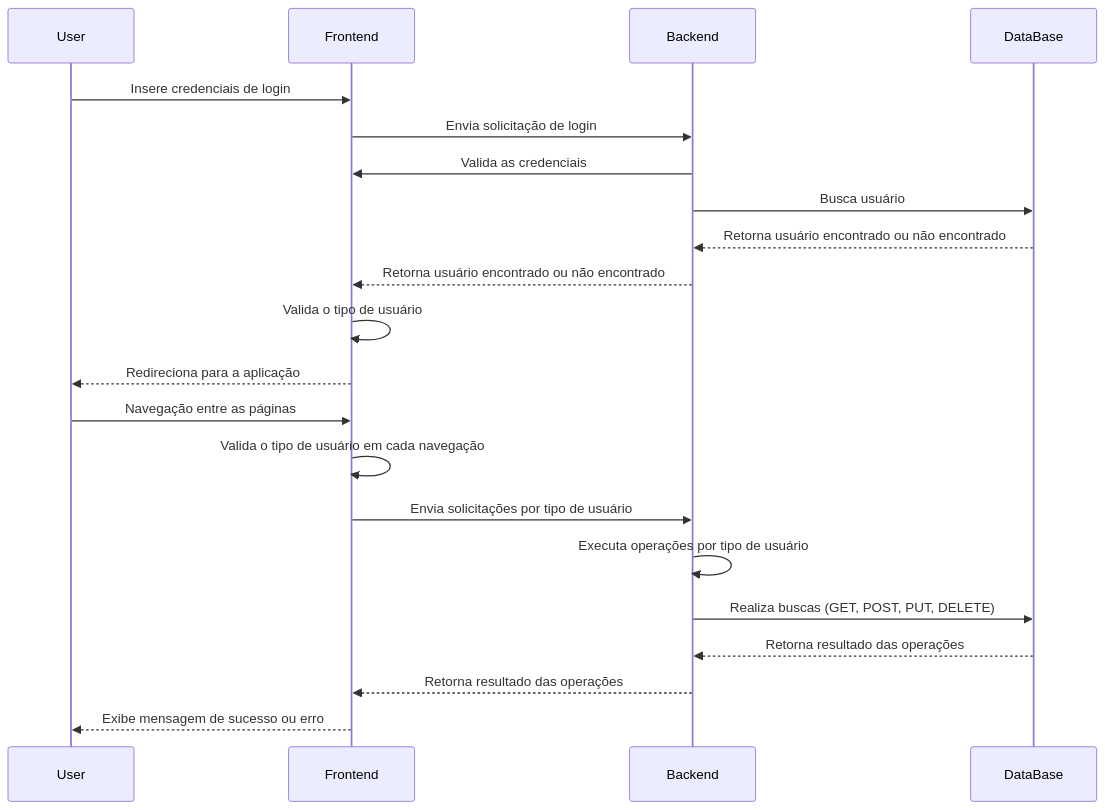
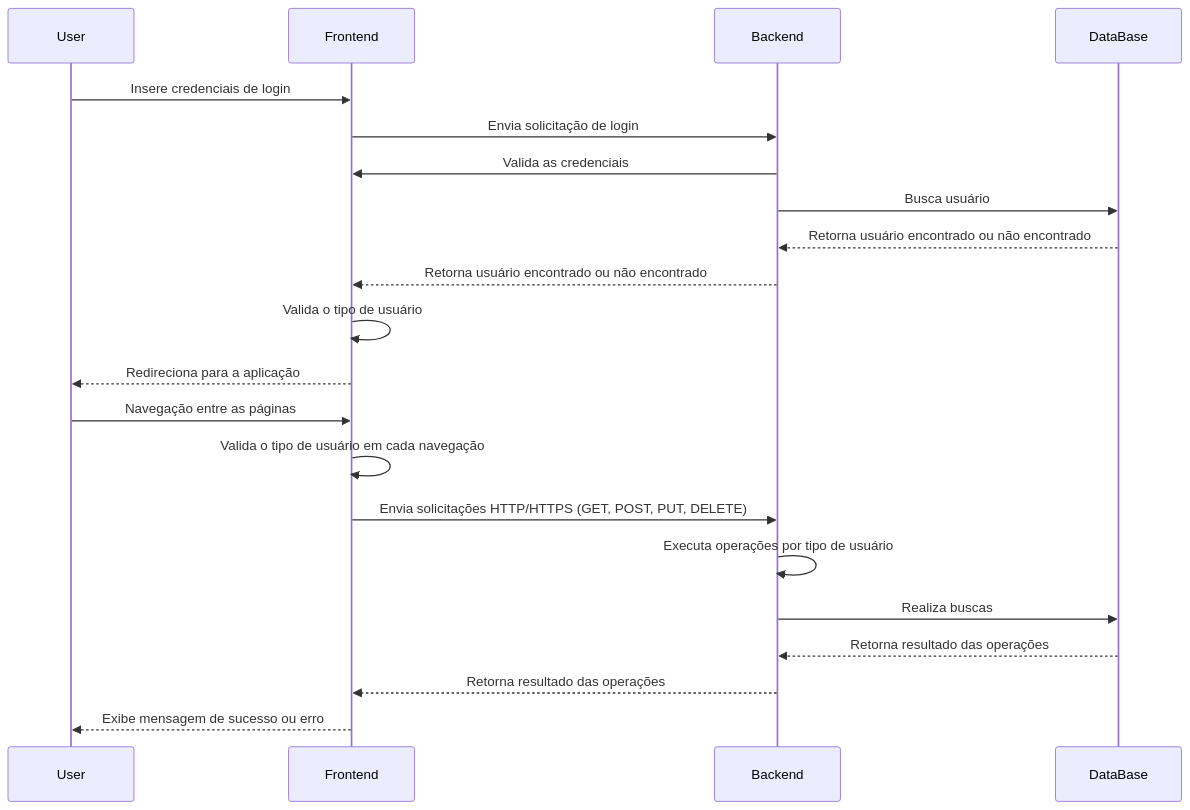
Before and after one commit to Lu1zH3nriq/SGO-sistema-gerencial-obras: the diagram in docs/Diagramas/Diagrama-Geral.md, drawn with Mermaid. The commit also changed 44 other files, not shown here.

````diff
--- a/docs/Diagramas/Diagrama-Geral.md
+++ b/docs/Diagramas/Diagrama-Geral.md
@@ -6,24 +6,24 @@
 ```mermaid
 sequenceDiagram
     participant User
     participant Frontend
     participant Backend
     participant DataBase
 
     User->>Frontend: Insere credenciais de login
     Frontend->>Backend: Envia solicitação de login
     Backend->>Frontend: Valida as credenciais
     Backend->>DataBase: Busca usuário
     DataBase-->>Backend: Retorna usuário encontrado ou não encontrado
     Backend-->>Frontend: Retorna usuário encontrado ou não encontrado
     Frontend->>Frontend: Valida o tipo de usuário
     Frontend-->>User: Redireciona para a aplicação
     User->>Frontend: Navegação entre as páginas
     Frontend->>Frontend: Valida o tipo de usuário em cada navegação
-    Frontend->>Backend: Envia solicitações por tipo de usuário
+    Frontend->>Backend: Envia solicitações HTTP/HTTPS (GET, POST, PUT, DELETE)
     Backend->>Backend: Executa operações por tipo de usuário
-    Backend->>DataBase: Realiza buscas (GET, POST, PUT, DELETE)
+    Backend->>DataBase: Realiza buscas
     DataBase-->>Backend: Retorna resultado das operações
     Backend-->>Frontend: Retorna resultado das operações
     Frontend-->>User: Exibe mensagem de sucesso ou erro
 ```
````
